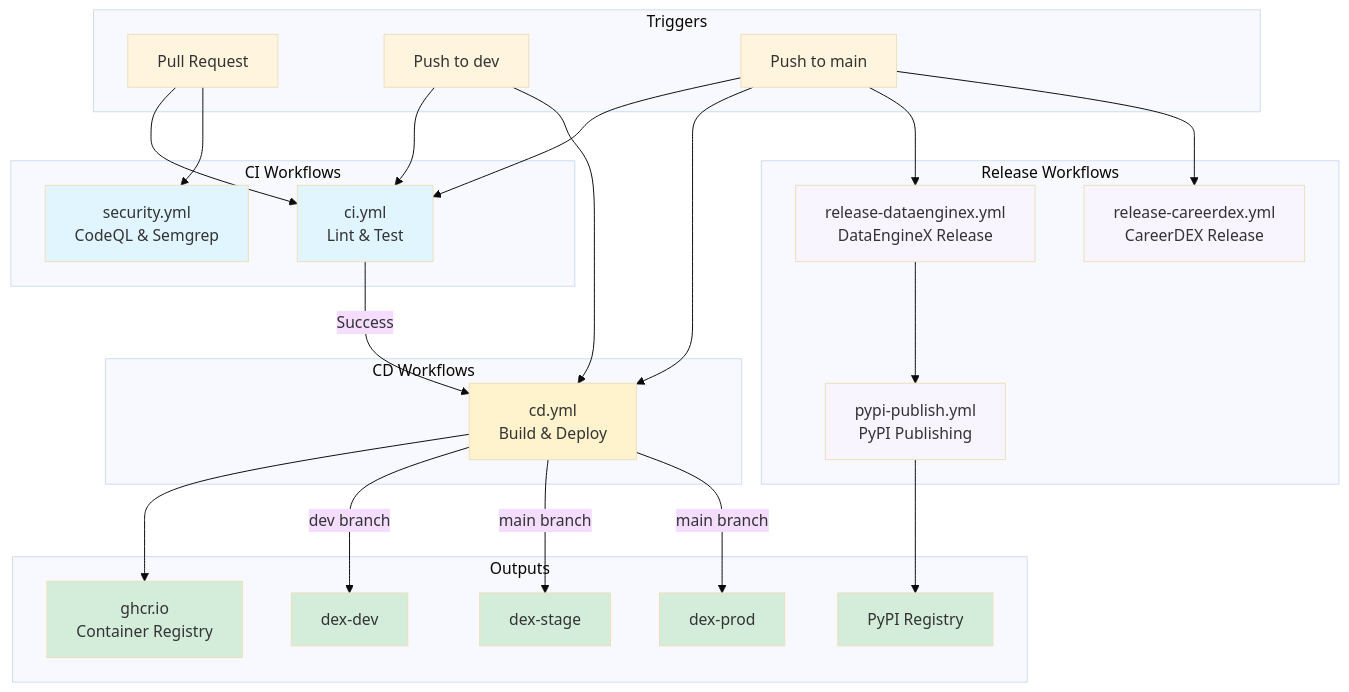
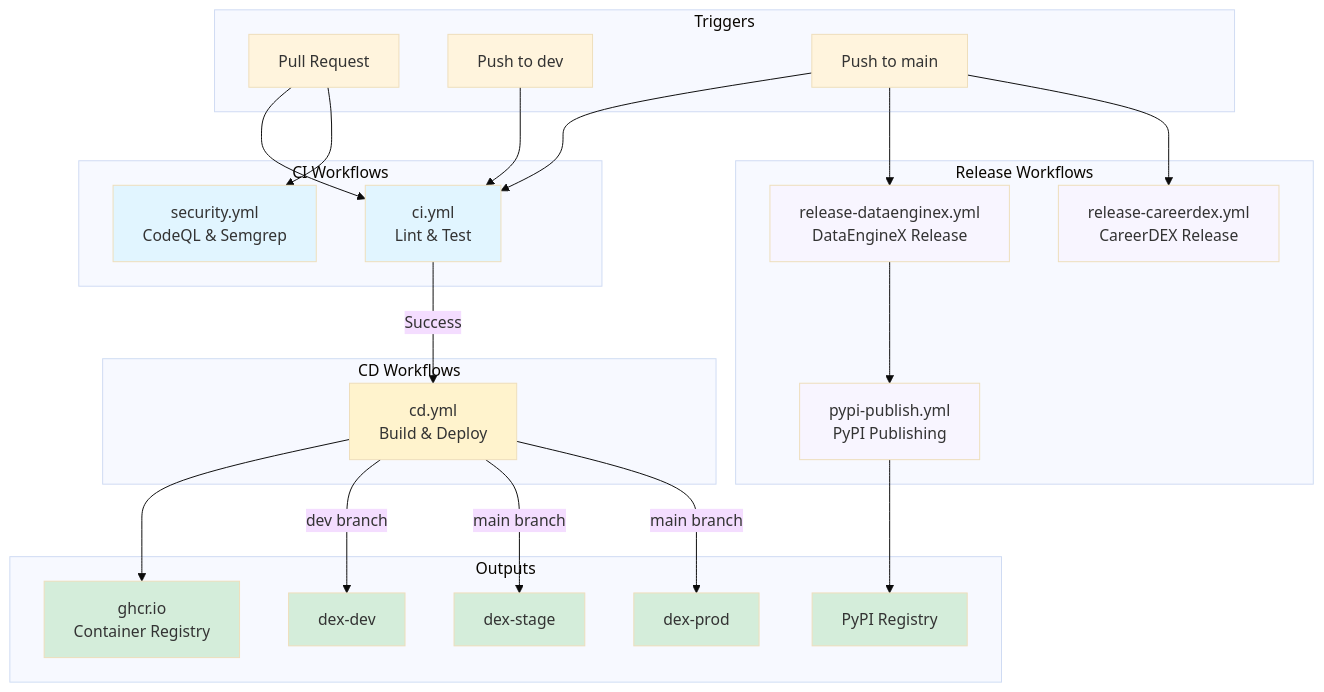
One commit to data-literate/DEX changed the first of 3 diagrams in .github/workflows/WORKFLOWS_GUIDE.md. Above: the diagram before and after it, drawn with Mermaid (base theme). The commit also changed other lines of this file and 4 other files, not shown here.

Commit message:
fix: harden CD gating and protected-branch manifest flow

````diff
--- a/.github/workflows/WORKFLOWS_GUIDE.md
+++ b/.github/workflows/WORKFLOWS_GUIDE.md
@@ -9,63 +9,61 @@
 ```mermaid
 graph TB
     subgraph "Triggers"
         PR[Pull Request]
         PushDev[Push to dev]
         PushMain[Push to main]
     end
 
     subgraph "CI Workflows"
         CI[ci.yml<br/>Lint & Test]
         Security[security.yml<br/>CodeQL & Semgrep]
     end
 
     subgraph "CD Workflows"
         CD[cd.yml<br/>Build & Deploy]
     end
 
     subgraph "Release Workflows"
         RelDEX[release-dataenginex.yml<br/>DataEngineX Release]
         RelCDEX[release-careerdex.yml<br/>CareerDEX Release]
         PyPI[pypi-publish.yml<br/>PyPI Publishing]
     end
 
     subgraph "Outputs"
         GHCR[ghcr.io<br/>Container Registry]
         DevK8s[dex-dev]
         StageK8s[dex-stage]
         ProdK8s[dex-prod]
         PyPIReg[PyPI Registry]
     end
 
     PR --> CI
     PR --> Security
     PushDev --> CI
     PushMain --> CI
 
     CI -->|Success| CD
-    PushDev --> CD
-    PushMain --> CD
 
     PushMain --> RelDEX
     PushMain --> RelCDEX
     RelDEX --> PyPI
 
     CD --> GHCR
     CD -->|dev branch| DevK8s
     CD -->|main branch| StageK8s
     CD -->|main branch| ProdK8s
 
     PyPI --> PyPIReg
 
     style CI fill:#e1f5ff
     style Security fill:#e1f5ff
     style CD fill:#fff3cd
     style RelDEX fill:#f8f5ff
     style RelCDEX fill:#f8f5ff
     style PyPI fill:#f8f5ff
     style GHCR fill:#d4edda
     style DevK8s fill:#d4edda
     style StageK8s fill:#d4edda
     style ProdK8s fill:#d4edda
     style PyPIReg fill:#d4edda
 ```
````
